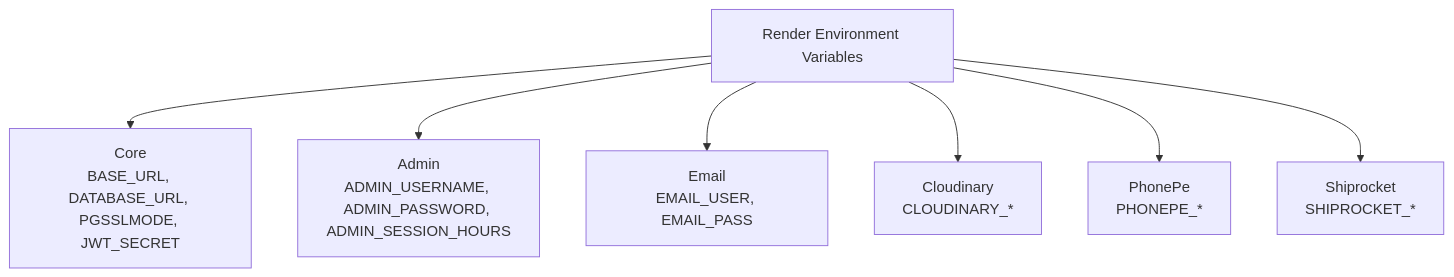
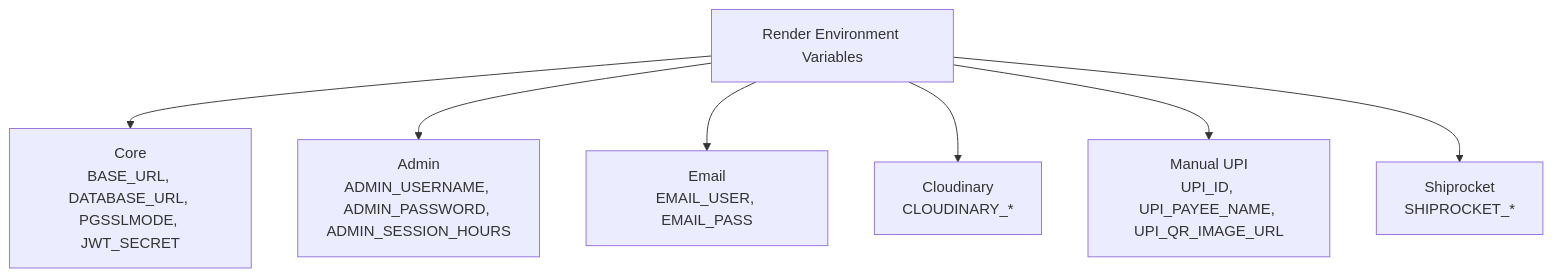
One commit to nikacreations0927/NikaArtStudio changed diagram 13 of 18 in ADMIN_USER_GUIDE.md. Above: the diagram before and after it, drawn with Mermaid. The commit also changed other lines of this file and 13 other files, not shown here.

Commit message:
Switch checkout to manual UPI verification

````diff
--- a/ADMIN_USER_GUIDE.md
+++ b/ADMIN_USER_GUIDE.md
@@ -333,9 +334,9 @@
 ```mermaid
 flowchart TD
   Env["Render Environment Variables"] --> Core["Core<br/>BASE_URL, DATABASE_URL, PGSSLMODE, JWT_SECRET"]
   Env --> Admin["Admin<br/>ADMIN_USERNAME, ADMIN_PASSWORD, ADMIN_SESSION_HOURS"]
   Env --> Email["Email<br/>EMAIL_USER, EMAIL_PASS"]
   Env --> Cloudinary["Cloudinary<br/>CLOUDINARY_*"]
-  Env --> Payment["PhonePe<br/>PHONEPE_*"]
+  Env --> Payment["Manual UPI<br/>UPI_ID, UPI_PAYEE_NAME, UPI_QR_IMAGE_URL"]
   Env --> Shipping["Shiprocket<br/>SHIPROCKET_*"]
 ```
````
